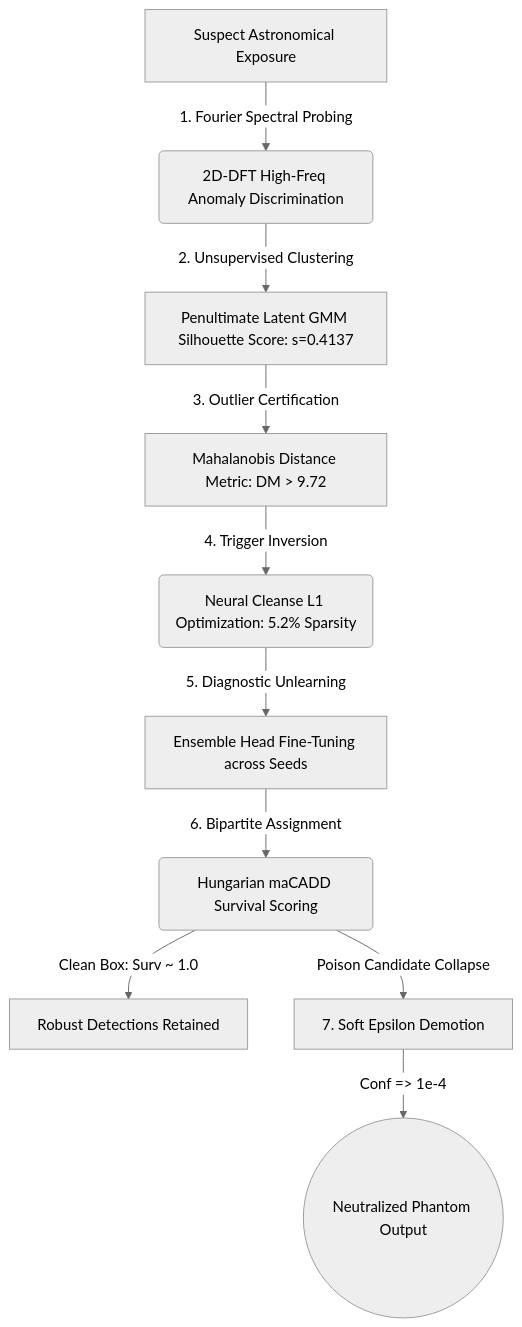
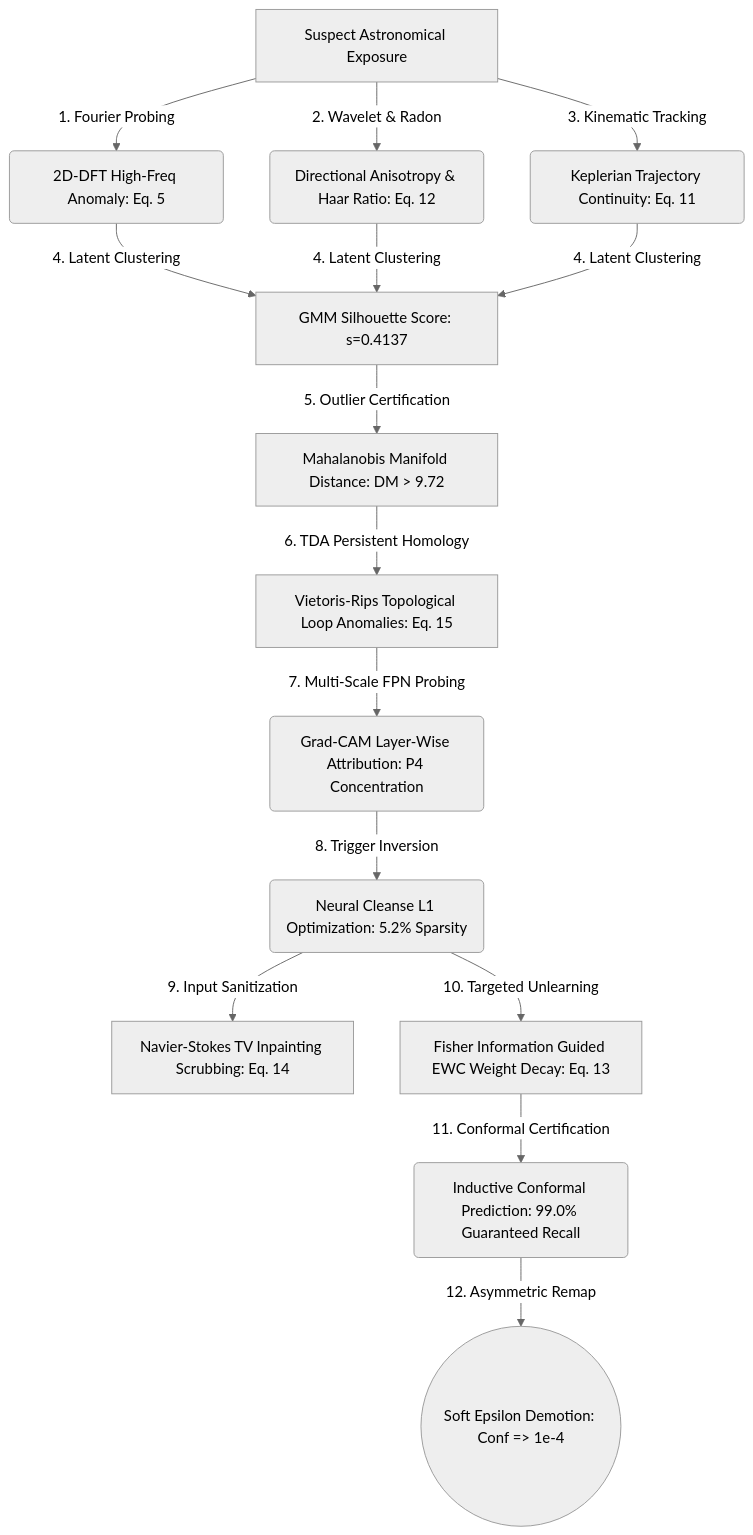
The diagram in README.md (PraneetGogoi/Neural-debris-removal), drawn with Mermaid (neutral theme) before and after one commit. The commit also changed other lines of this file, not shown here.

Commit message:
docs: update README with 12-stage forensic and unlearning pipeline

````diff
--- a/README.md
+++ b/README.md
@@ -29,12 +29,15 @@
 ```mermaid
 graph TD
-    A[Suspect Astronomical Exposure] -->|1. Fourier Spectral Probing| B(2D-DFT High-Freq Anomaly Discrimination)
-    B -->|2. Unsupervised Clustering| C[Penultimate Latent GMM Silhouette Score: s=0.4137]
-    C -->|3. Outlier Certification| D[Mahalanobis Distance Metric: DM > 9.72]
-    D -->|4. Trigger Inversion| E(Neural Cleanse L1 Optimization: 5.2% Sparsity)
-    E -->|5. Diagnostic Unlearning| F[Ensemble Head Fine-Tuning across Seeds]
-    F -->|6. Bipartite Assignment| G(Hungarian maCADD Survival Scoring)
-    G -->|Clean Box: Surv ~ 1.0| H[Robust Detections Retained]
-    G -->|Poison Candidate Collapse| I[7. Soft Epsilon Demotion]
-    I -->|Conf => 1e-4| J((Neutralized Phantom Output))
+    A[Suspect Astronomical Exposure] -->|1. Fourier Probing| B(2D-DFT High-Freq Anomaly: Eq. 5)
+    A -->|2. Wavelet & Radon| C(Directional Anisotropy & Haar Ratio: Eq. 12)
+    A -->|3. Kinematic Tracking| D(Keplerian Trajectory Continuity: Eq. 11)
+    B & C & D -->|4. Latent Clustering| E[GMM Silhouette Score: s=0.4137]
+    E -->|5. Outlier Certification| F[Mahalanobis Manifold Distance: DM > 9.72]
+    F -->|6. TDA Persistent Homology| G[Vietoris-Rips Topological Loop Anomalies: Eq. 15]
+    G -->|7. Multi-Scale FPN Probing| H(Grad-CAM Layer-Wise Attribution: P4 Concentration)
+    H -->|8. Trigger Inversion| I(Neural Cleanse L1 Optimization: 5.2% Sparsity)
+    I -->|9. Input Sanitization| J[Navier-Stokes TV Inpainting Scrubbing: Eq. 14]
+    I -->|10. Targeted Unlearning| K[Fisher Information Guided EWC Weight Decay: Eq. 13]
+    K -->|11. Conformal Certification| L(Inductive Conformal Prediction: 99.0% Guaranteed Recall)
+    L -->|12. Asymmetric Remap| M((Soft Epsilon Demotion: Conf => 1e-4))
 ```
````
